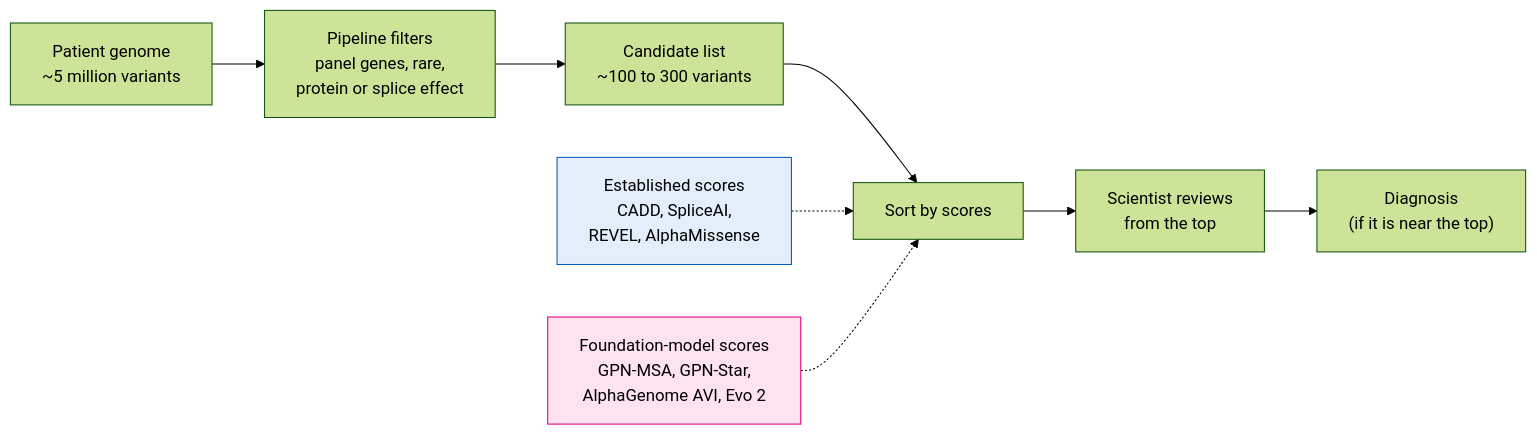
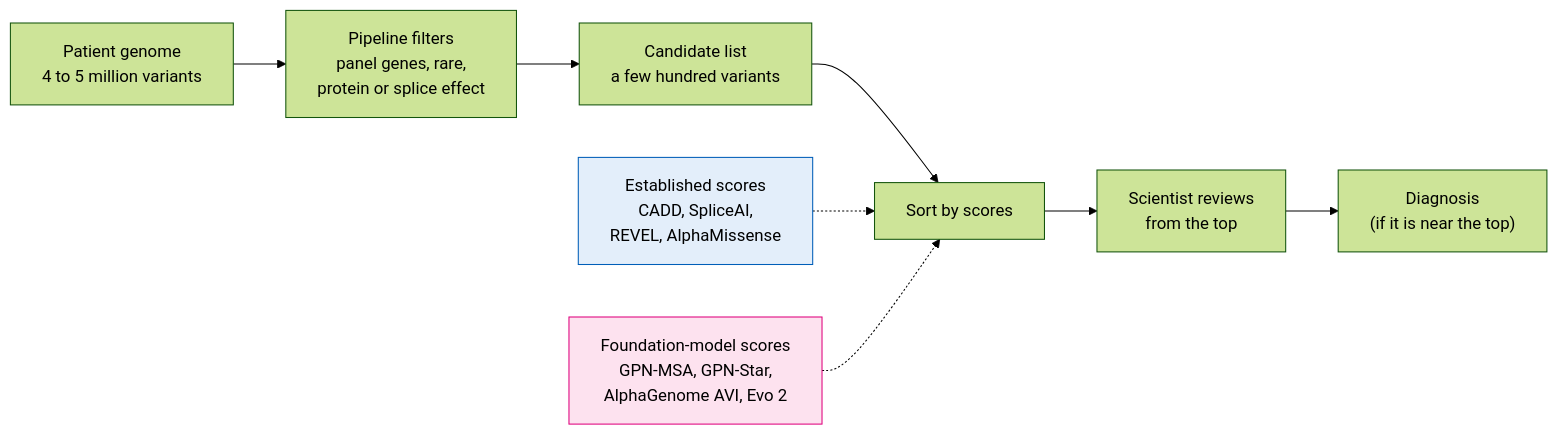
Before and after one commit to rewire-bio/amp-2026-studies: the first of 16 diagrams in GUIDE.md, drawn with Mermaid (forest theme). The commit also changed other lines of this file and 1 other file, not shown here.

````diff
--- a/GUIDE.md
+++ b/GUIDE.md
@@ -21,14 +26,14 @@
 ```mermaid
 flowchart LR
-    g["Patient genome<br/>~5 million variants"] --> f["Pipeline filters<br/>panel genes, rare,<br/>protein or splice effect"]
-    f --> c["Candidate list<br/>~100 to 300 variants"]
+    g["Patient genome<br/>4 to 5 million variants"] --> f["Pipeline filters<br/>panel genes, rare,<br/>protein or splice effect"]
+    f --> c["Candidate list<br/>a few hundred variants"]
     c --> s["Sort by scores"]
     s --> r["Scientist reviews<br/>from the top"]
     r --> d["Diagnosis<br/>(if it is near the top)"]
 
     old["Established scores<br/>CADD, SpliceAI,<br/>REVEL, AlphaMissense"] -.-> s
     new["Foundation-model scores<br/>GPN-MSA, GPN-Star,<br/>AlphaGenome AVI, Evo 2"] -.-> s
 
     style new fill:#fde2ef,stroke:#df007d
     style old fill:#e3eefa,stroke:#005eb8
 ```
````
